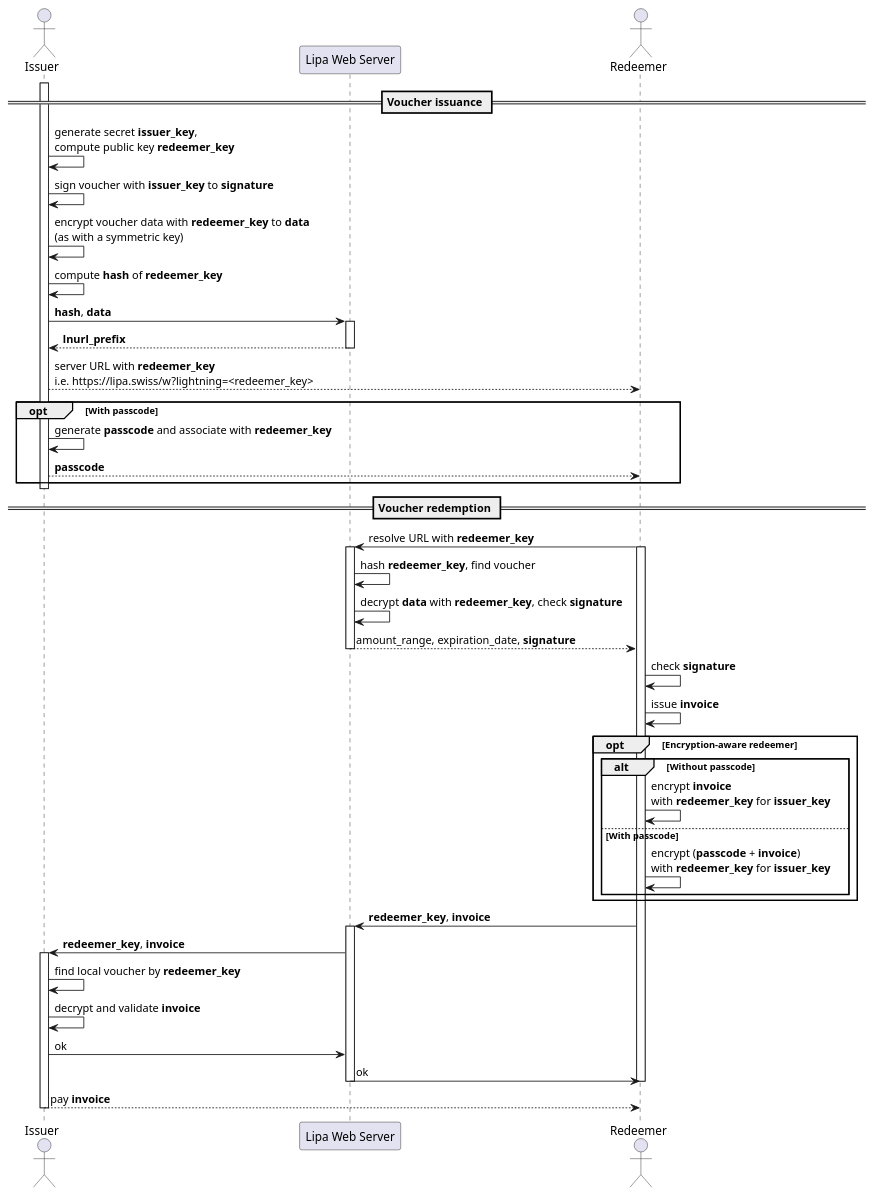
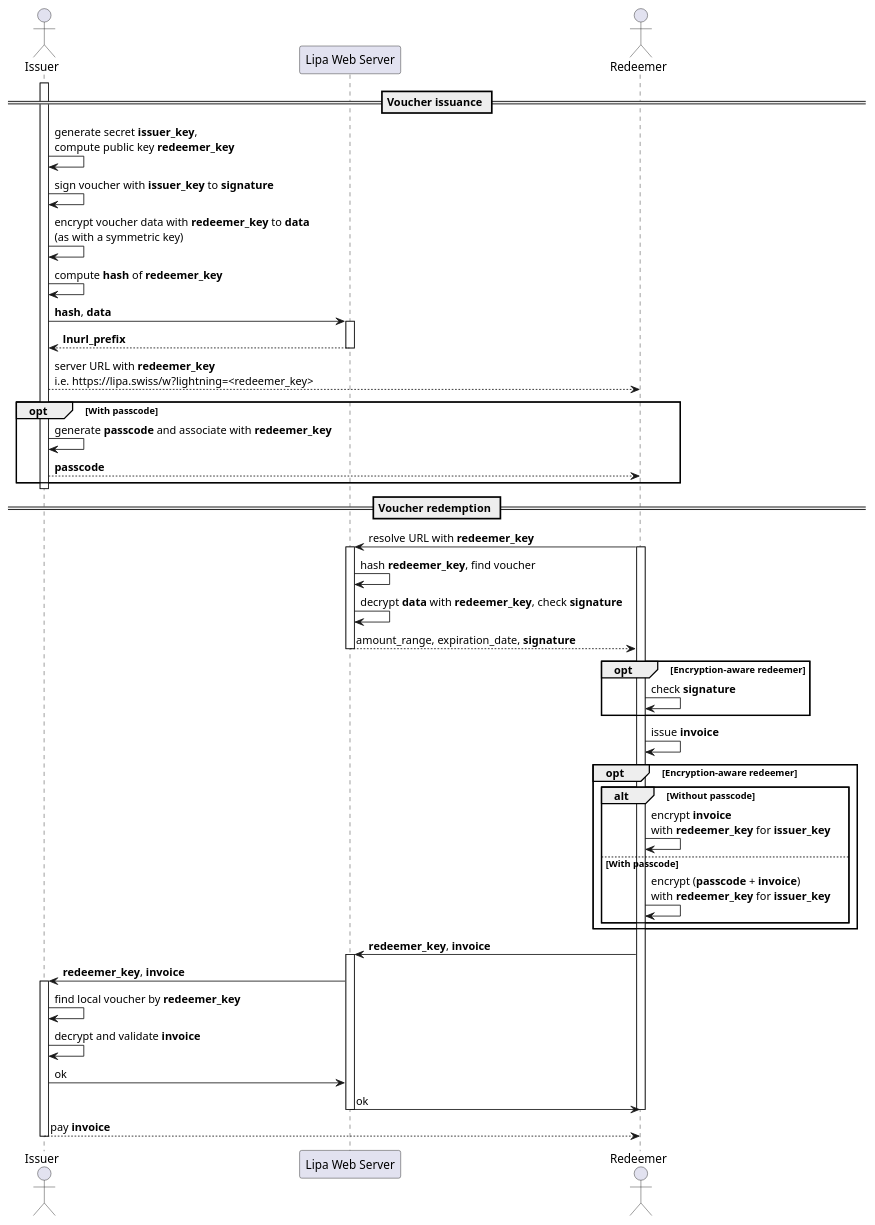
One commit to getlipa/lipa-lightning-lib changed the diagram in docs/lightning_voucher.org. Above: the diagram before and after it, drawn with PlantUML. The commit also changed other lines of this file and 1 other file, not shown here.

Commit message:
Fix diagram to check signature only for encryption-aware redeemer

```diff
--- a/docs/lightning_voucher.org
+++ b/docs/lightning_voucher.org
@@ -99,53 +99,55 @@
-#+begin_src plantuml
+#+begin_src plantuml :file diagram.png
 @startuml
 actor Issuer as issuer
 participant "Lipa Web Server" as server
 actor Redeemer as redeemer
 
 == Voucher issuance ==
 
 activate issuer
 issuer -> issuer: generate secret **issuer_key**,\ncompute public key **redeemer_key**
 issuer -> issuer: sign voucher with **issuer_key** to **signature**
 issuer -> issuer: encrypt voucher data with **redeemer_key** to **data**\n(as with a symmetric key)
 issuer -> issuer: compute **hash** of **redeemer_key**
 issuer -> server ++: **hash**, **data**
 return **lnurl_prefix**
 
 issuer --> redeemer: server URL with **redeemer_key**\ni.e. https://lipa.swiss/w?lightning=<redeemer_key>
 
 opt With passcode
     issuer -> issuer: generate **passcode** and associate with **redeemer_key**
     issuer --> redeemer: **passcode**
 end
 deactivate issuer	
 
 == Voucher redemption ==
 
 redeemer -> server ++: resolve URL with **redeemer_key**
 activate redeemer
 server -> server: hash **redeemer_key**, find voucher
 server -> server: decrypt **data** with **redeemer_key**, check **signature**
 return amount_range, expiration_date, **signature**
 
-redeemer -> redeemer: check **signature**
+opt Encryption-aware redeemer
+    redeemer -> redeemer: check **signature**
+end
 redeemer -> redeemer: issue **invoice**
 opt Encryption-aware redeemer
     alt Without passcode
         redeemer -> redeemer: encrypt **invoice**\nwith **redeemer_key** for **issuer_key**
     else With passcode
         redeemer -> redeemer: encrypt (**passcode** + **invoice**)\nwith **redeemer_key** for **issuer_key**
     end
 end
 
 redeemer -> server ++: **redeemer_key**, **invoice**
 server -> issuer ++: **redeemer_key**, **invoice**
 issuer -> issuer: find local voucher by **redeemer_key**
 issuer -> issuer: decrypt and validate **invoice**
 issuer -> server: ok
 server -> redeemer --: ok				
 deactivate redeemer
 
 issuer --> redeemer --: pay **invoice**
 @enduml
 #+end_src
```
